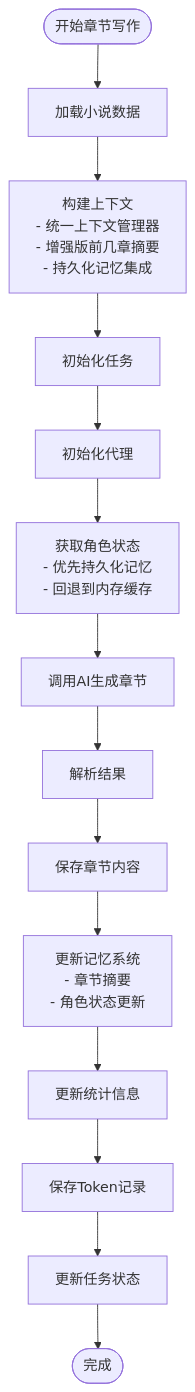
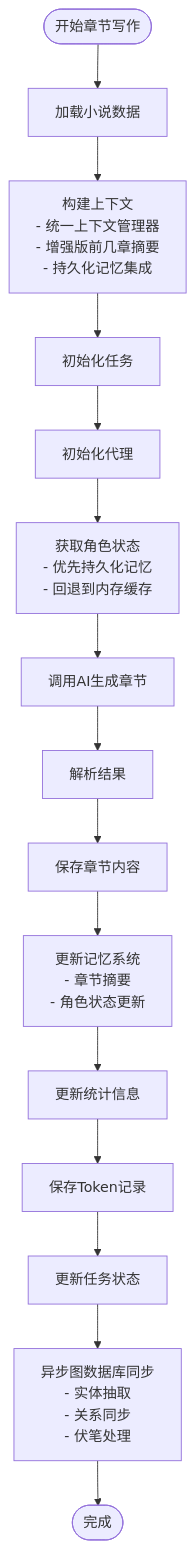
The fifth of 18 diagrams in .qoder/repowiki/zh/content/Generation Service.md (xfbyxq/ai-novel-system), drawn with Mermaid before and after one commit. The commit also changed other lines of this file and 19 other files, not shown here.

First line of the commit message:
feat(graph): 新增图数据库完整支持与AI聊天集成

````diff
--- a/.qoder/repowiki/zh/content/Generation Service.md
+++ b/.qoder/repowiki/zh/content/Generation Service.md
@@ -311,16 +377,17 @@
 ```mermaid
 flowchart TD
 Start([开始章节写作]) --> LoadData["加载小说数据"]
 LoadData --> BuildContext["构建上下文<br/>- 统一上下文管理器<br/>- 增强版前几章摘要<br/>- 持久化记忆集成"]
 BuildContext --> InitTask["初始化任务"]
 InitTask --> InitAgent["初始化代理"]
 InitAgent --> GetStates["获取角色状态<br/>- 优先持久化记忆<br/>- 回退到内存缓存"]
 GetStates --> CallLLM["调用AI生成章节"]
 CallLLM --> ParseResult["解析结果"]
 ParseResult --> SaveChapter["保存章节内容"]
 SaveChapter --> UpdateMemory["更新记忆系统<br/>- 章节摘要<br/>- 角色状态更新"]
 UpdateMemory --> UpdateStats["更新统计信息"]
 UpdateStats --> SaveTokens["保存Token记录"]
 SaveTokens --> UpdateTask["更新任务状态"]
-UpdateTask --> End([完成])
+UpdateTask --> GraphSync["异步图数据库同步<br/>- 实体抽取<br/>- 关系同步<br/>- 伏笔处理"]
+GraphSync --> End([完成])
 ```
````
